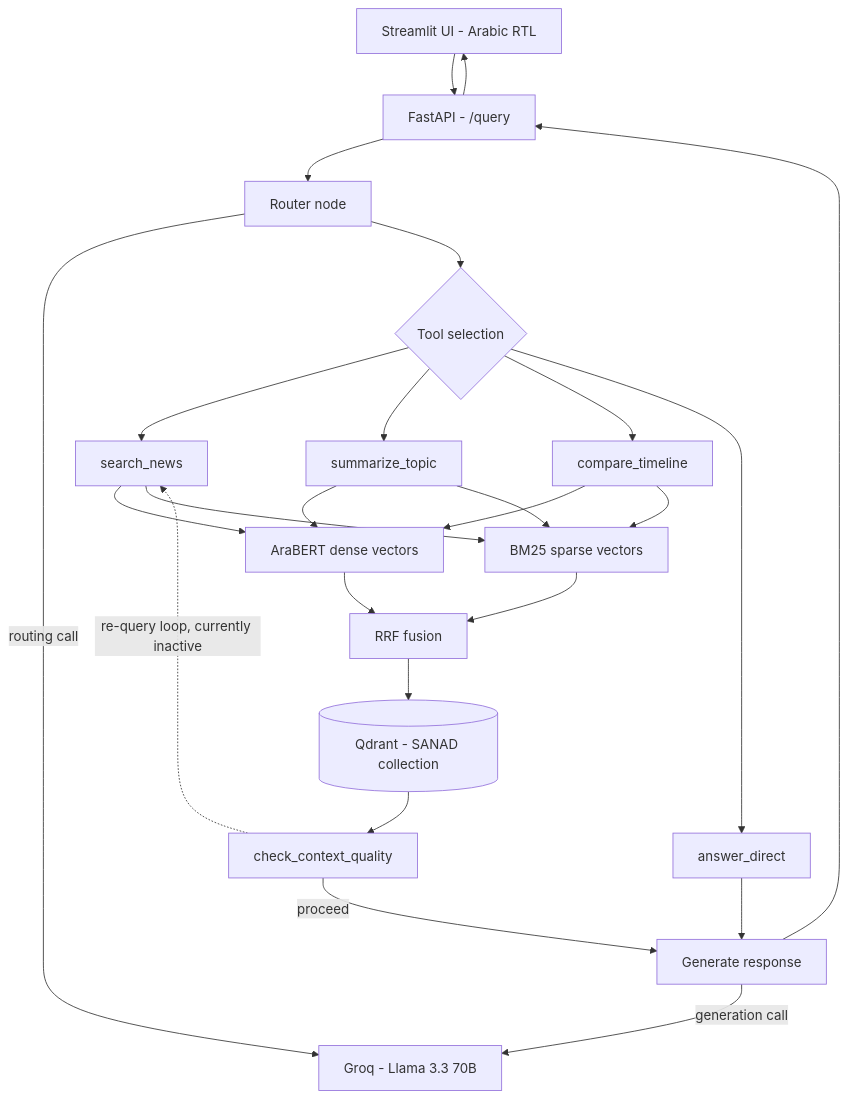
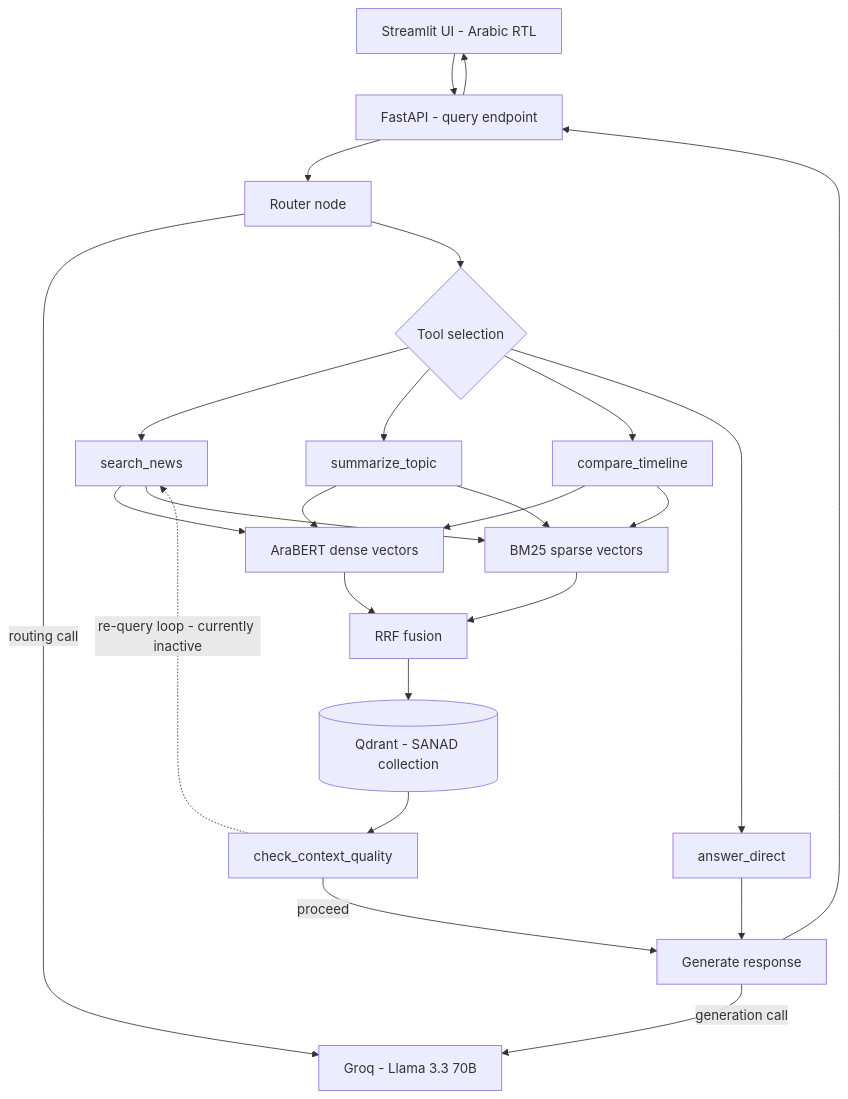
Before and after one commit to saleh-yasseen/Arabic_News_Agentic_RAG: the first of 2 diagrams in README.md, drawn with Mermaid. The commit also changed other lines of this file, not shown here.

Commit message:
"improve mermaid diagram syntax and clarity in README.md"

````diff
--- a/README.md
+++ b/README.md
@@ -26,30 +26,31 @@
 ```mermaid
 flowchart TD
-    UI[Streamlit UI - Arabic RTL] --> API[FastAPI - /query]
-    API --> ROUTE[Router node]
-    ROUTE -->|routing call| LLM[Groq - Llama 3.3 70B]
-    ROUTE --> TOOLS{Tool selection}
+    UI["Streamlit UI - Arabic RTL"] --> API["FastAPI - query endpoint"]
+    API --> ROUTE["Router node"]
+    ROUTE -->|"routing call"| LLM["Groq - Llama 3.3 70B"]
+    ROUTE --> TOOLS{"Tool selection"}
 
-    TOOLS --> SEARCH[search_news]
-    TOOLS --> SUMM[summarize_topic]
-    TOOLS --> COMPARE[compare_timeline]
-    TOOLS --> DIRECT[answer_direct]
+    TOOLS --> SEARCH["search_news"]
+    TOOLS --> SUMM["summarize_topic"]
+    TOOLS --> COMPARE["compare_timeline"]
+    TOOLS --> DIRECT["answer_direct"]
 
-    SEARCH --> DENSE[AraBERT dense vectors]
-    SEARCH --> SPARSE[BM25 sparse vectors]
+    SEARCH --> DENSE["AraBERT dense vectors"]
+    SEARCH --> SPARSE["BM25 sparse vectors"]
     SUMM --> DENSE
     SUMM --> SPARSE
     COMPARE --> DENSE
     COMPARE --> SPARSE
 
-    DENSE --> FUSE[RRF fusion]
+    DENSE --> FUSE["RRF fusion"]
     SPARSE --> FUSE
-    FUSE --> QDRANT[(Qdrant - SANAD collection)]
-    QDRANT --> CHECK[check_context_quality]
+    FUSE --> QDRANT[("Qdrant - SANAD collection")]
+    QDRANT --> CHECK["check_context_quality"]
 
-    CHECK -->|proceed| GEN[Generate response]
-    CHECK -.->|re-query loop, currently inactive| SEARCH
+    CHECK -->|"proceed"| GEN["Generate response"]
+    CHECK -.->|"re-query loop - currently inactive"| SEARCH
     DIRECT --> GEN
-    GEN -->|generation call| LLM
-    GEN --> API --> UI
+    GEN -->|"generation call"| LLM
+    GEN --> API
+    API --> UI
 ```
````
